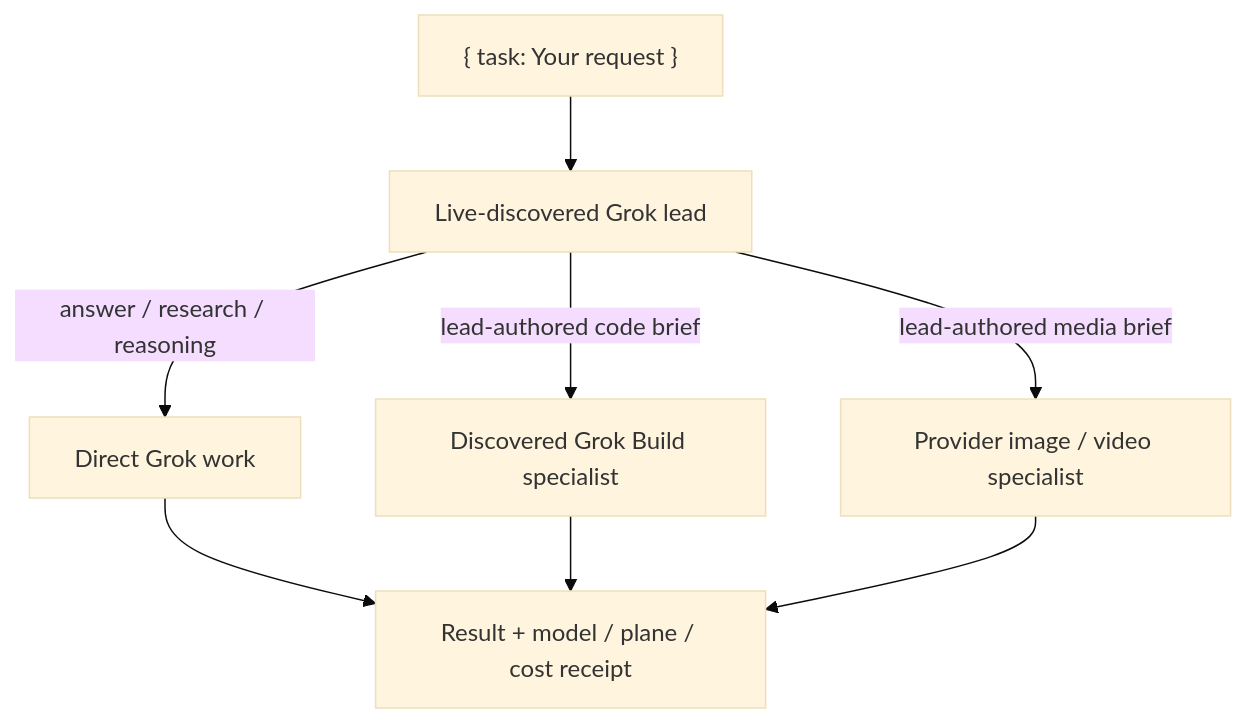
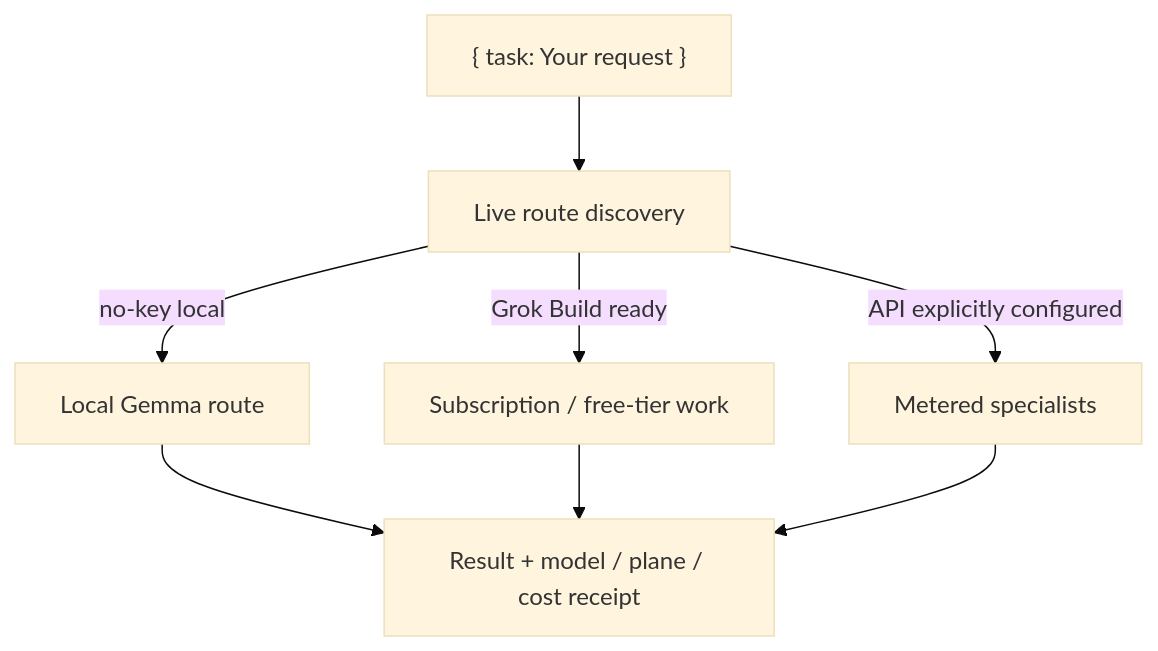
Before and after one commit to djtelicloud/grok-mcp-server: the diagram in README.md, drawn with Mermaid (base theme). The commit also changed other lines of this file and 51 other files, not shown here.

````diff
--- a/README.md
+++ b/README.md
@@ -205,10 +182,10 @@
 ```mermaid
 flowchart TD
-    T["{ task: Your request }"] --> L["Live-discovered Grok lead"]
-    L -->|"answer / research / reasoning"| D["Direct Grok work"]
-    L -->|"lead-authored code brief"| C["Discovered Grok Build specialist"]
-    L -->|"lead-authored media brief"| M["Provider image / video specialist"]
-    D --> R["Result + model / plane / cost receipt"]
-    C --> R
-    M --> R
+    T["{ task: Your request }"] --> R["Live route discovery"]
+    R -->|"no-key local"| G["Local Gemma route"]
+    R -->|"Grok Build ready"| D["Subscription / free-tier work"]
+    R -->|"API explicitly configured"| M["Metered specialists"]
+    G --> O["Result + model / plane / cost receipt"]
+    D --> O
+    M --> O
 ```
````
